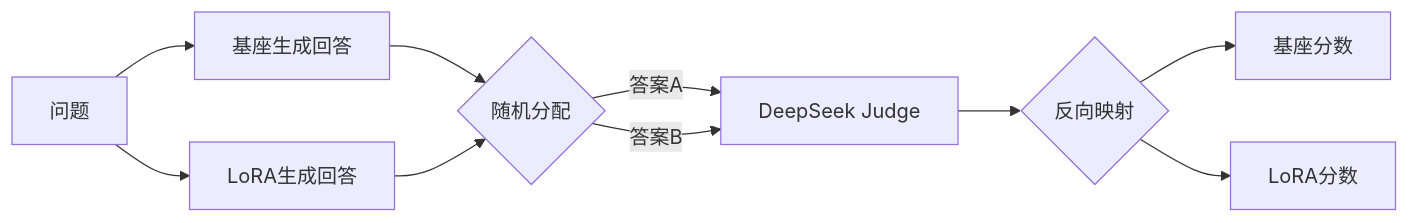
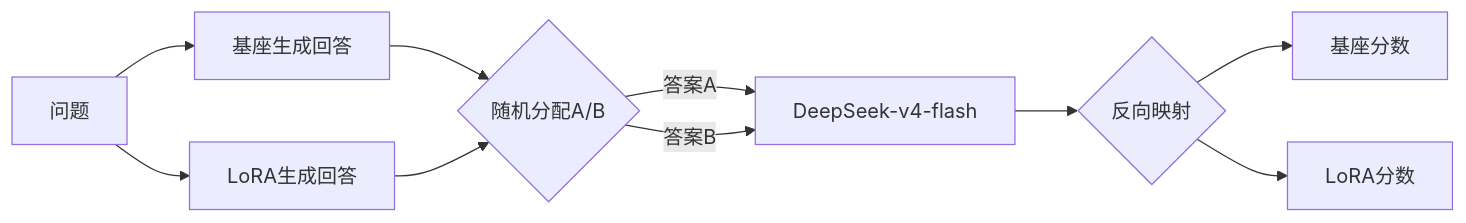
Before and after one commit to QingGo/qwen-lora-project: the third of 4 diagrams in README_CN.md, drawn with Mermaid. The commit also changed other lines of this file and 1 other file, not shown here.

````diff
--- a/README_CN.md
+++ b/README_CN.md
@@ -176,12 +199,12 @@
 ```mermaid
 flowchart LR
     Q[问题] --> GenA[基座生成回答]
     Q --> GenB[LoRA生成回答]
-    GenA --> Rand{随机分配}
+    GenA --> Rand{随机分配A/B}
     GenB --> Rand
-    Rand -->|答案A| Judge[DeepSeek Judge]
+    Rand -->|答案A| Judge[DeepSeek-v4-flash]
     Rand -->|答案B| Judge
     Judge --> Map{反向映射}
     Map --> BaseScores[基座分数]
     Map --> LoraScores[LoRA分数]
 ```
````
